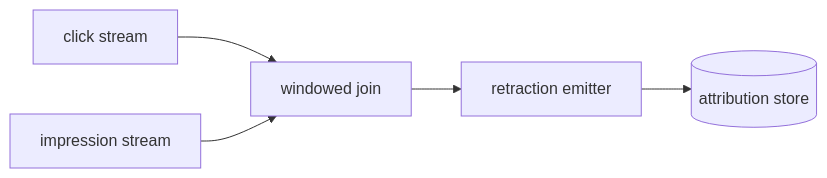
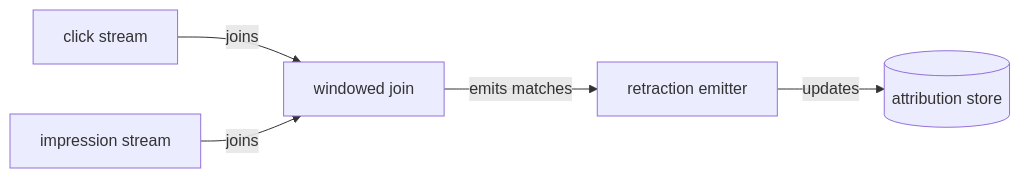
Before and after one commit to vinayakuber/streaming-systems-study-guide: the eighth of 19 diagrams in docs/ch09-streaming-joins.md, drawn with Mermaid. The commit also changed other lines of this file and 22 other files, not shown here.

First line of the commit message:
R18: label every diagram arrow with its meaning

````diff
--- a/docs/ch09-streaming-joins.md
+++ b/docs/ch09-streaming-joins.md
@@ -187,7 +187,7 @@
 ```mermaid
 flowchart LR
-  C["click stream"] --> J["windowed join"]
-  I["impression stream"] --> J
-  J --> R["retraction emitter"]
-  R --> S[(attribution store)]
+  C["click stream"] -->|"joins"| J["windowed join"]
+  I["impression stream"] -->|"joins"| J
+  J -->|"emits matches"| R["retraction emitter"]
+  R -->|"updates"| S[(attribution store)]
 ```
````
